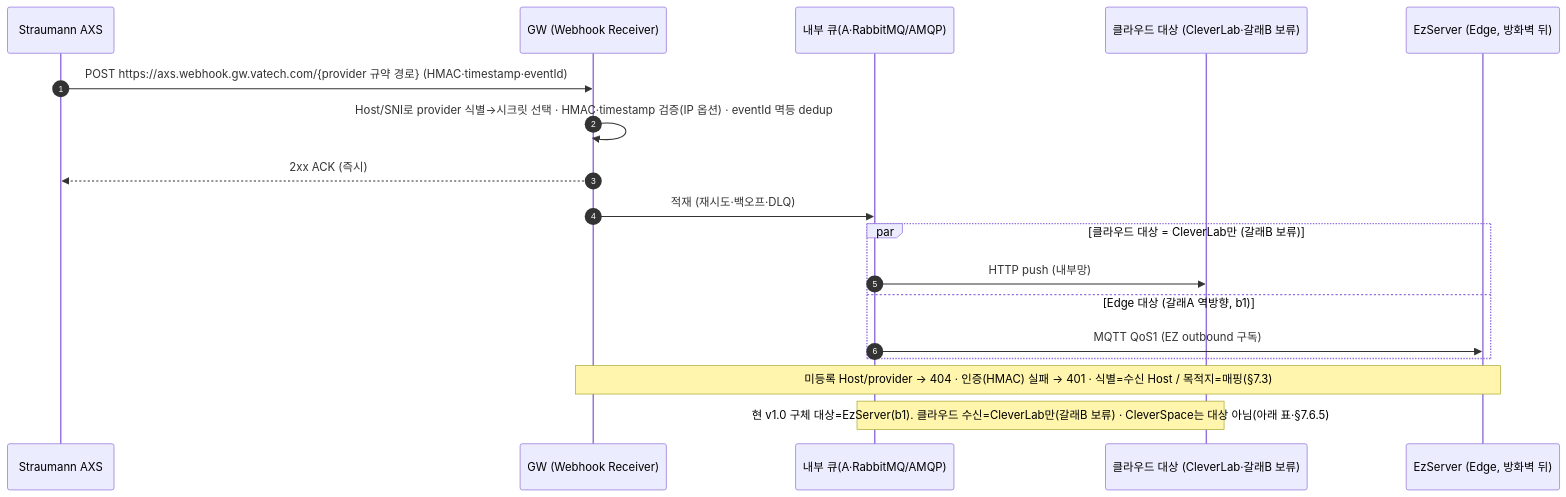
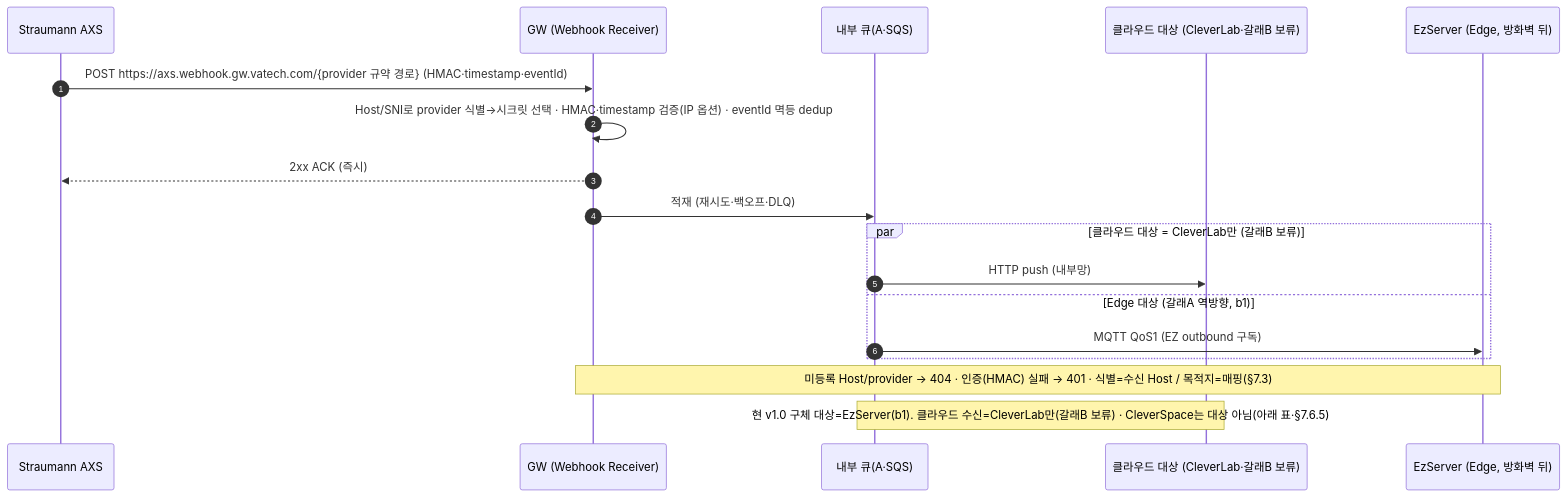
Before and after one commit to gracegyu/scp-architecture: the tenth of 11 diagrams in docs/VT_API_Gateway/08.VT_API_Gateway/specs/03-srs-gateway/SRS.md, drawn with Mermaid. The commit also changed other lines of this file and 5 other files, not shown here.

````diff
--- a/docs/VT_API_Gateway/08.VT_API_Gateway/specs/03-srs-gateway/SRS.md
+++ b/docs/VT_API_Gateway/08.VT_API_Gateway/specs/03-srs-gateway/SRS.md
@@ -546,20 +500,20 @@
 ```mermaid
 sequenceDiagram
     autonumber
     participant AXS as Straumann AXS
     participant WH as GW (Webhook Receiver)
-    participant Q as 내부 큐(A·RabbitMQ/AMQP)
+    participant Q as 내부 큐(A·SQS)
     participant CL as 클라우드 대상 (CleverLab·갈래B 보류)
     participant EZ as EzServer (Edge, 방화벽 뒤)
     AXS->>WH: POST https://axs.webhook.gw.vatech.com/{provider 규약 경로} (HMAC·timestamp·eventId)
     WH->>WH: Host/SNI로 provider 식별→시크릿 선택 · HMAC·timestamp 검증(IP 옵션) · eventId 멱등 dedup
     WH-->>AXS: 2xx ACK (즉시)
     WH->>Q: 적재 (재시도·백오프·DLQ)
     par 클라우드 대상 = CleverLab만 (갈래B 보류)
         Q->>CL: HTTP push (내부망)
     and Edge 대상 (갈래A 역방향, b1)
         Q->>EZ: MQTT QoS1 (EZ outbound 구독)
     end
     Note over WH,EZ: 미등록 Host/provider → 404 · 인증(HMAC) 실패 → 401 · 식별=수신 Host / 목적지=매핑(§7.3)
     Note over Q,CL: 현 v1.0 구체 대상=EzServer(b1). 클라우드 수신=CleverLab만(갈래B 보류) · CleverSpace는 대상 아님(아래 표·§7.6.5)
 ```
````
